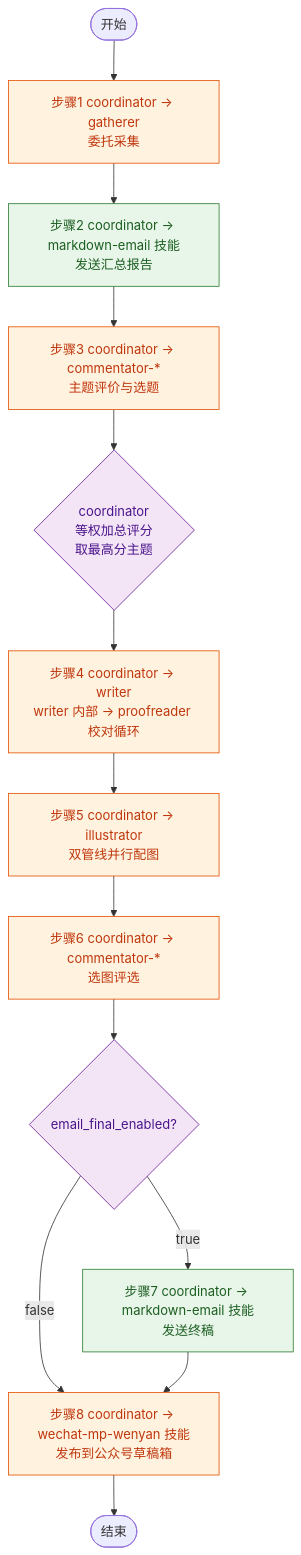
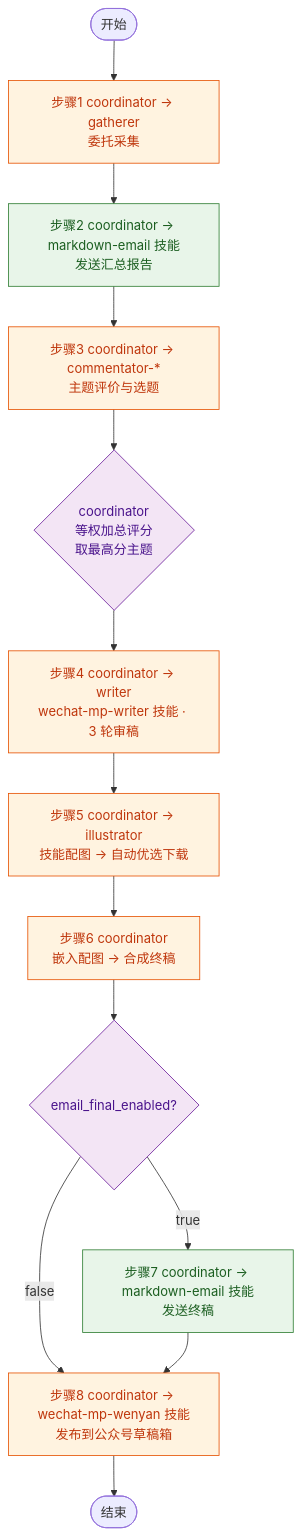
Before and after one commit to bruce1977/penbot: the diagram in workflows/workflow_mp-auto-pipeline.md, drawn with Mermaid. The commit also changed other lines of this file and 8 other files, not shown here.

````diff
--- a/workflows/workflow_mp-auto-pipeline.md
+++ b/workflows/workflow_mp-auto-pipeline.md
@@ -27,25 +27,25 @@
 ```mermaid
 flowchart TD
     classDef coord fill:#e3f2fd,stroke:#1565c0,stroke-width:1px,color:#0d47a1
     classDef delegate fill:#fff3e0,stroke:#e65100,stroke-width:1px,color:#bf360c
     classDef direct fill:#e8f5e9,stroke:#2e7d32,stroke-width:1px,color:#1b5e20
     classDef decision fill:#f3e5f5,stroke:#6a1b9a,stroke-width:1px,color:#4a148c
 
     S([开始]) --> G1[步骤1 coordinator → gatherer<br/>委托采集]
     G1 --> G2[步骤2 coordinator → markdown-email 技能<br/>发送汇总报告]
     G2 --> G3[步骤3 coordinator → commentator-*<br/>主题评价与选题]
     G3 --> D{coordinator<br/>等权加总评分<br/>取最高分主题}
-    D --> G4[步骤4 coordinator → writer<br/>writer 内部 → proofreader 校对循环]
-    G4 --> G5[步骤5 coordinator → illustrator<br/>双管线并行配图]
-    G5 --> G6[步骤6 coordinator → commentator-*<br/>选图评选]
+    D --> G4[步骤4 coordinator → writer<br/>wechat-mp-writer 技能 · 3 轮审稿]
+    G4 --> G5[步骤5 coordinator → illustrator<br/>技能配图 → 自动优选下载]
+    G5 --> G6[步骤6 coordinator<br/>嵌入配图 → 合成终稿]
     G6 --> E2{email_final_enabled?}
     E2 -- true --> G7[步骤7 coordinator → markdown-email 技能<br/>发送终稿]
     E2 -- false --> G8
     G7 --> G8[步骤8 coordinator → wechat-mp-wenyan 技能<br/>发布到公众号草稿箱]
     G8 --> F([结束])
 
     class S,F startend
     class G1,G3,G4,G5,G6,G8 delegate
     class G2,G7 direct
     class D,E2 decision
 ```
````
